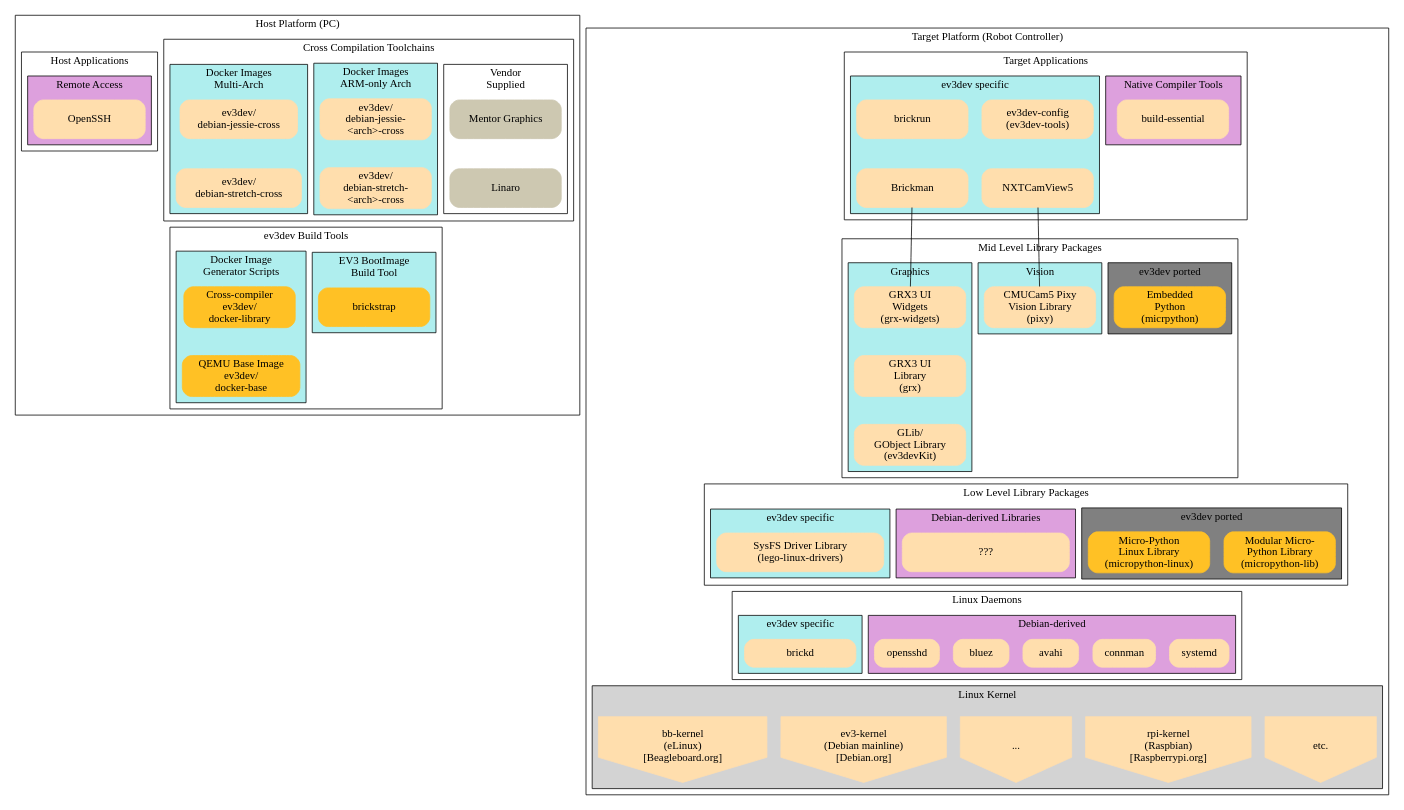
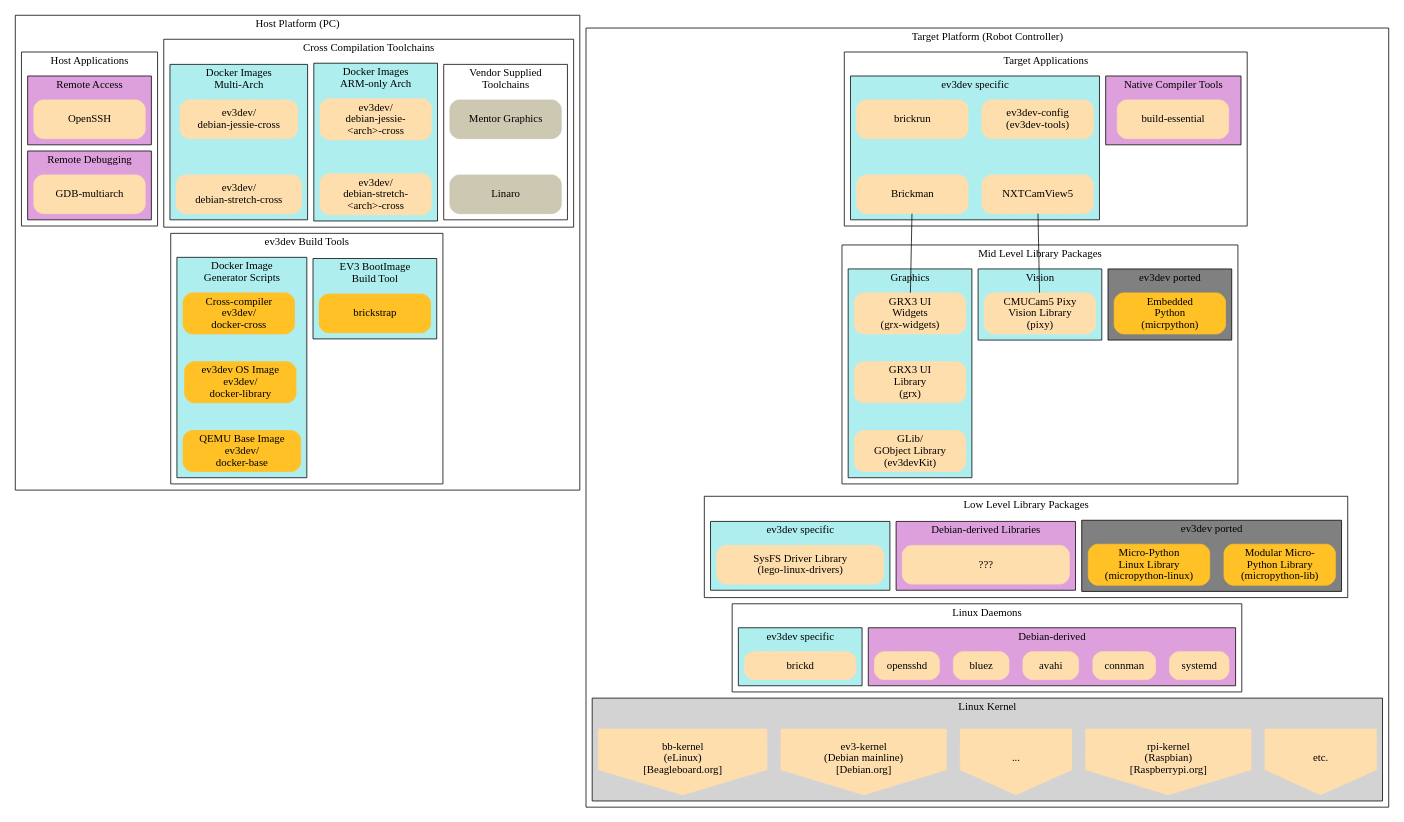
The diagram in images/ev3dev-software-packages.dot (ev3dev/edu-docs), drawn with Graphviz before and after one commit. The commit also changed 1 other file, not shown here.

Commit message:
Added Remote Debugger, fixed docker repository descriptions

```diff
--- a/images/ev3dev-software-packages.dot
+++ b/images/ev3dev-software-packages.dot
@@ -8,18 +8,18 @@
 	
 		label = "Host Platform (PC)"
 
-		subgraph cluster_108 {
+		subgraph cluster_109 {
 			label = "Cross Compilation Toolchains";
 
-			subgraph cluster_107 {
-				label="Vendor\nSupplied";
+			subgraph cluster_108 {
+				label="Vendor Supplied\nToolchains";
 				style=filled;
 				fillcolor=white;
 				node [shape=rect,style="filled,rounded",color=cornsilk3,width=2,height=0.7];
 				"Mentor Graphics"--"Linaro"; 
 			};
 
-			subgraph cluster_106 {
+			subgraph cluster_107 {
 				label="Docker Images\nARM-only Arch";
 				style=filled;
 				fillcolor=paleturquoise;
@@ -27,7 +27,7 @@
 				"ev3dev/\ndebian-jessie-\n<arch>-cross"--"ev3dev/\ndebian-stretch-\n<arch>-cross"; 
 			};
 
-			subgraph cluster_105 {
+			subgraph cluster_106 {
 				label="Docker Images\nMulti-Arch";
 				style=filled;
 				fillcolor=paleturquoise;
@@ -37,10 +37,10 @@
 
 		};
 
-		subgraph cluster_104 {
+		subgraph cluster_105 {
 			label="ev3dev Build Tools";
 			
-			subgraph cluster_103 {
+			subgraph cluster_104 {
 				label="EV3 BootImage\nBuild Tool";
 				style=filled;
 				fillcolor=paleturquoise;
@@ -48,27 +48,36 @@
 				"brickstrap"; 
 			};
 
-			subgraph cluster_102 {
+			subgraph cluster_103 {
 				label="Docker Image\nGenerator Scripts";
 				style=filled;
 				fillcolor=paleturquoise;
 				node [shape=rect,style="filled,rounded",color=goldenrod1,width=2,height=0.7];
-				"Cross-compiler\nev3dev/\ndocker-library"--"QEMU Base Image\nev3dev/\ndocker-base"; 
+				"Cross-compiler\nev3dev/\ndocker-cross"--"ev3dev OS Image\nev3dev/\ndocker-library"--"QEMU Base Image\nev3dev/\ndocker-base"; 
 			};
 	
 		};
 		"ev3dev/\ndebian-stretch-\n<arch>-cross"--"brickstrap";		// Dummy link for stacking
-		"ev3dev/\ndebian-stretch-cross"--"Cross-compiler\nev3dev/\ndocker-library"		// Dummy link for stacking
+		"ev3dev/\ndebian-stretch-cross"--"Cross-compiler\nev3dev/\ndocker-cross"		// Dummy link for stacking
 
-		subgraph cluster_101 {
+		subgraph cluster_102 {
 			label = "Host Applications";
-			subgraph cluster_100 {
+			subgraph cluster_101 {
 				label="Remote Access";
 				style=filled;
 				fillcolor=plum;
 				node [shape=rect,style="filled,rounded",color=navajowhite,width=2,height=0.7];
 				"OpenSSH"; 
 			};
+
+			subgraph cluster_100 {
+				label="Remote Debugging";
+				style=filled;
+				fillcolor=plum;
+				node [shape=rect,style="filled,rounded",color=navajowhite,width=2,height=0.7];
+				"GDB-multiarch"; 
+			};
+		"OpenSSH"--"GDB-multiarch";								// Dummy link for stacking
 		};
 	
 	};
```
